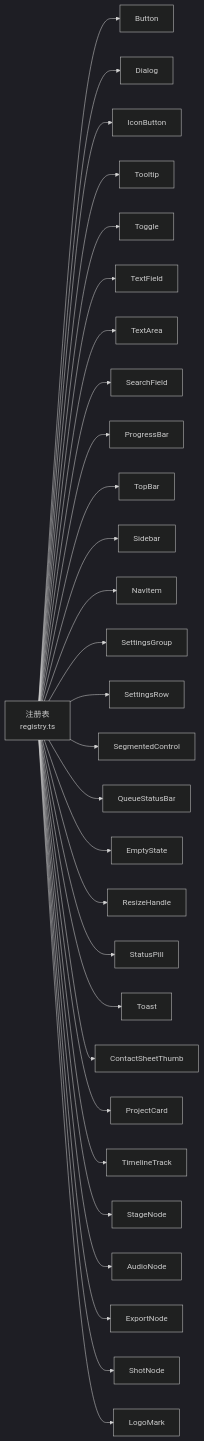
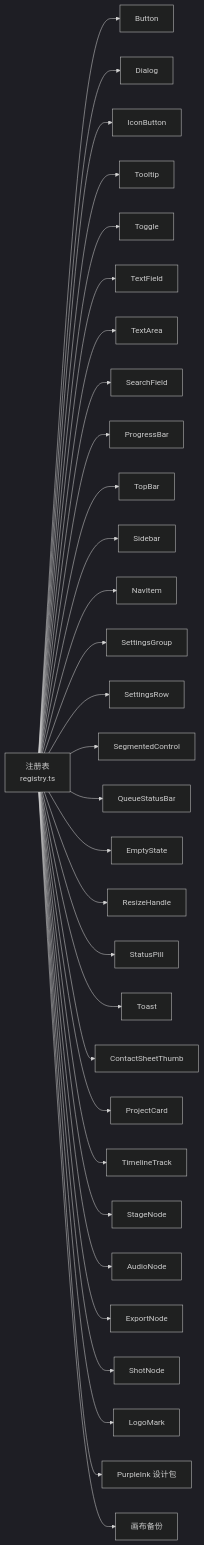
Before and after one commit to AIMFllyYS/code-video-canvas: the fifth of 6 diagrams in .qoder/repowiki/zh/content/UI 组件库/UI 组件库.md, drawn with Mermaid (dark theme). The commit also changed other lines of this file and 44 other files, not shown here.

````diff
--- a/.qoder/repowiki/zh/content/UI 组件库/UI 组件库.md
+++ b/.qoder/repowiki/zh/content/UI 组件库/UI 组件库.md
@@ -577,31 +692,33 @@
 ```mermaid
 graph LR
 REG["注册表<br/>registry.ts"] --> BTN["Button"]
 REG --> DIALOG["Dialog"]
 REG --> ICON_BTN["IconButton"]
 REG --> TOOLTIP["Tooltip"]
 REG --> TOGGLE["Toggle"]
 REG --> TF["TextField"]
 REG --> TA["TextArea"]
 REG --> SF["SearchField"]
 REG --> PB["ProgressBar"]
 REG --> TOP["TopBar"]
 REG --> SID["Sidebar"]
 REG --> NAV["NavItem"]
 REG --> SG["SettingsGroup"]
 REG --> SR["SettingsRow"]
 REG --> SEG["SegmentedControl"]
 REG --> QSB["QueueStatusBar"]
 REG --> EMPTY["EmptyState"]
 REG --> RH["ResizeHandle"]
 REG --> SP["StatusPill"]
 REG --> TOAST["Toast"]
 REG --> CTH["ContactSheetThumb"]
 REG --> PC["ProjectCard"]
 REG --> TT["TimelineTrack"]
 REG --> SN["StageNode"]
 REG --> AN["AudioNode"]
 REG --> EN["ExportNode"]
 REG --> SHN["ShotNode"]
 REG --> LOGO["LogoMark"]
+REG --> PI["PurpleInk 设计包"]
+REG --> BK["画布备份"]
 ```
````
